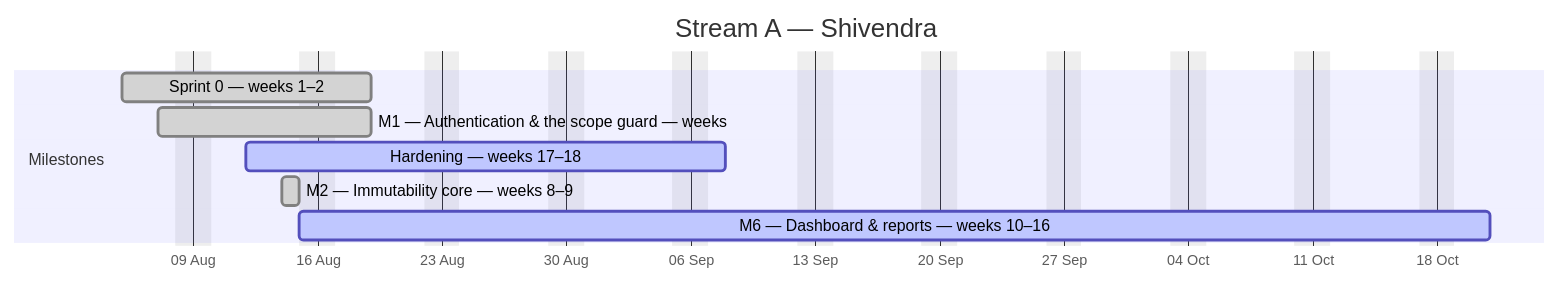
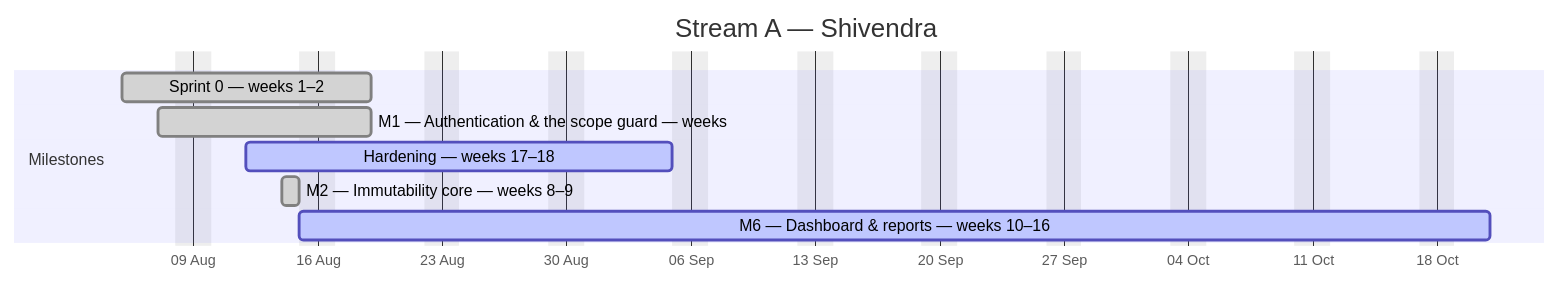
Before and after one commit to debashisedunext/EduTrack: the first of 4 diagrams in docs/plan/GANTT.md, drawn with Mermaid. The commit also changed other lines of this file and 3 other files, not shown here.

````diff
--- a/docs/plan/GANTT.md
+++ b/docs/plan/GANTT.md
@@ -111,13 +111,13 @@
 ```mermaid
 gantt
     dateFormat YYYY-MM-DD
     axisFormat %d %b
     title Stream A — Shivendra
     excludes weekends
     section Milestones
     Sprint 0 — weeks 1–2 :done, a0, 2026-08-05, 10d
     M1 — Authentication & the scope guard — weeks :done, a1, 2026-08-07, 8d
-    Hardening — weeks 17–18 :active, a2, 2026-08-12, 19d
+    Hardening — weeks 17–18 :active, a2, 2026-08-12, 18d
     M2 — Immutability core — weeks 8–9 :done, a3, 2026-08-14, 1d
     M6 — Dashboard & reports — weeks 10–16 :active, a4, 2026-08-15, 48d
 ```
````
